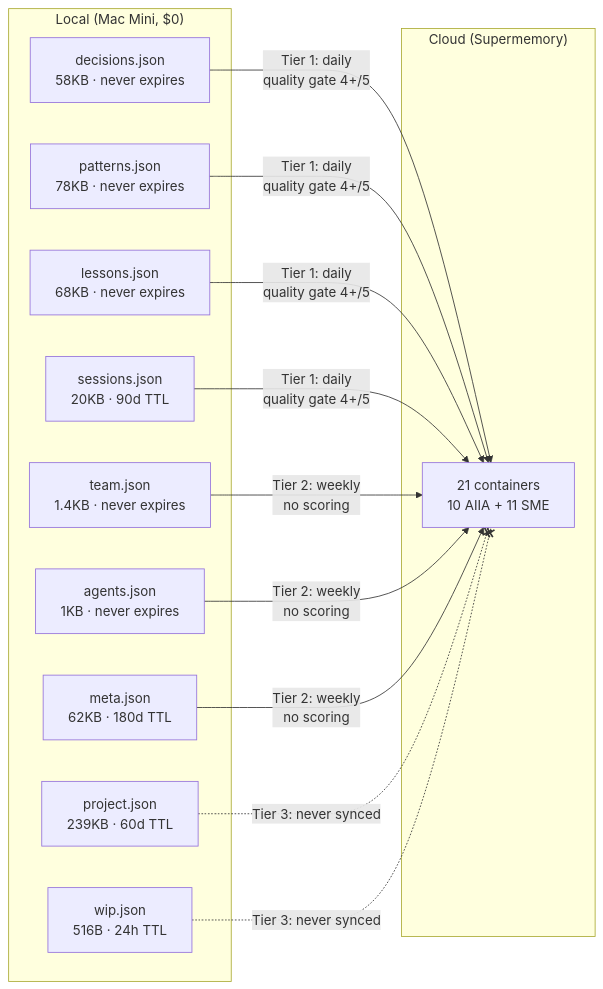
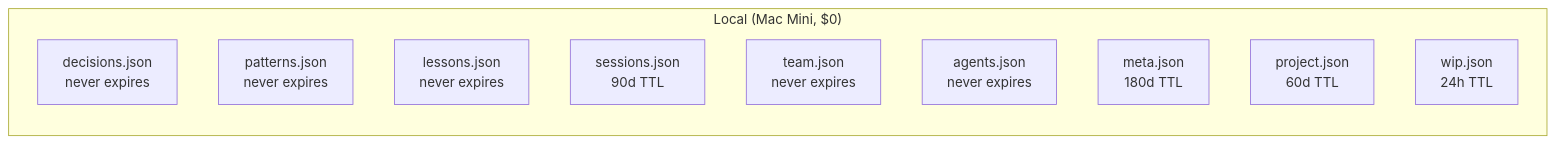
The second of 4 diagrams in README.md (ericlovo/AIIA), drawn with Mermaid before and after one commit. The commit also changed other lines of this file and 15 other files, not shown here.

````diff
--- a/README.md
+++ b/README.md
@@ -229,22 +225,14 @@
 ```mermaid
 graph LR
   subgraph "Local (Mac Mini, $0)"
-    D[decisions.json<br/>58KB · never expires]
-    P[patterns.json<br/>78KB · never expires]
-    L[lessons.json<br/>68KB · never expires]
-    S[sessions.json<br/>20KB · 90d TTL]
-    T[team.json<br/>1.4KB · never expires]
-    A[agents.json<br/>1KB · never expires]
-    M[meta.json<br/>62KB · 180d TTL]
-    PR[project.json<br/>239KB · 60d TTL]
-    W[wip.json<br/>516B · 24h TTL]
+    D[decisions.json<br/>never expires]
+    P[patterns.json<br/>never expires]
+    L[lessons.json<br/>never expires]
+    S[sessions.json<br/>90d TTL]
+    T[team.json<br/>never expires]
+    A[agents.json<br/>never expires]
+    M[meta.json<br/>180d TTL]
+    PR[project.json<br/>60d TTL]
+    W[wip.json<br/>24h TTL]
   end
-
-  subgraph "Cloud (Supermemory)"
-    SC["21 containers<br/>10 AIIA + 11 SME"]
-  end
-
-  D & P & L & S -->|"Tier 1: daily<br/>quality gate 4+/5"| SC
-  T & A & M -->|"Tier 2: weekly<br/>no scoring"| SC
-  PR & W -.-x|"Tier 3: never synced"| SC
 ```
````
